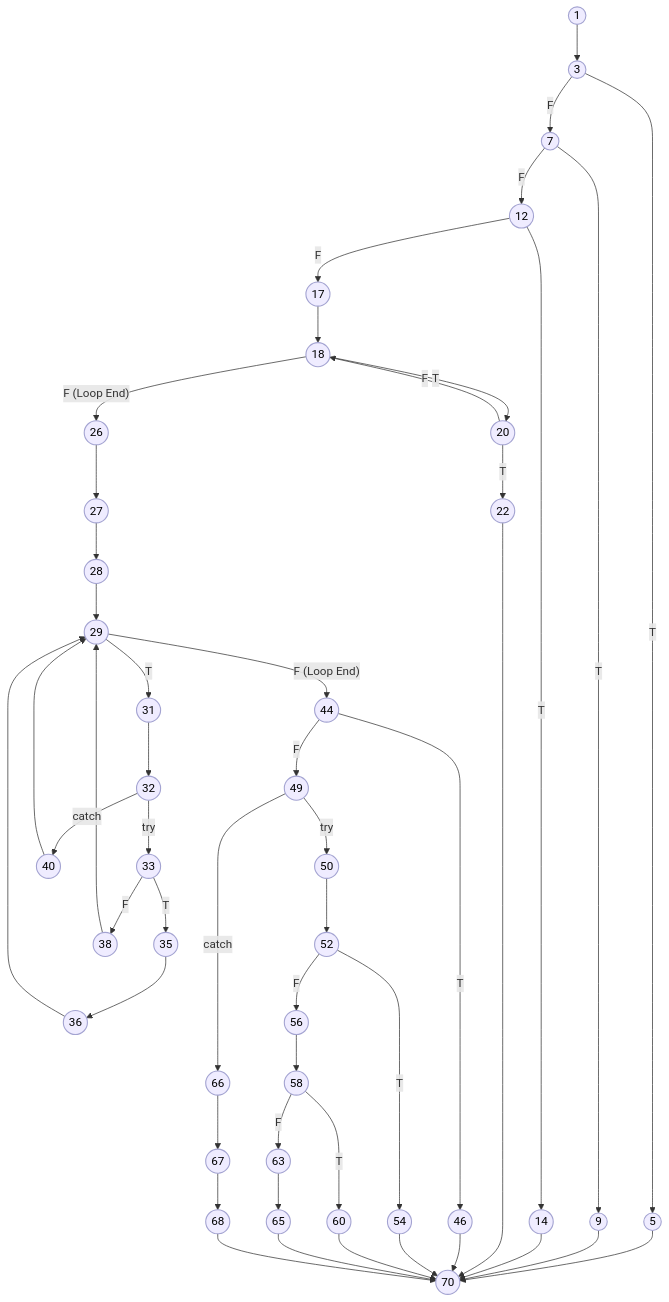
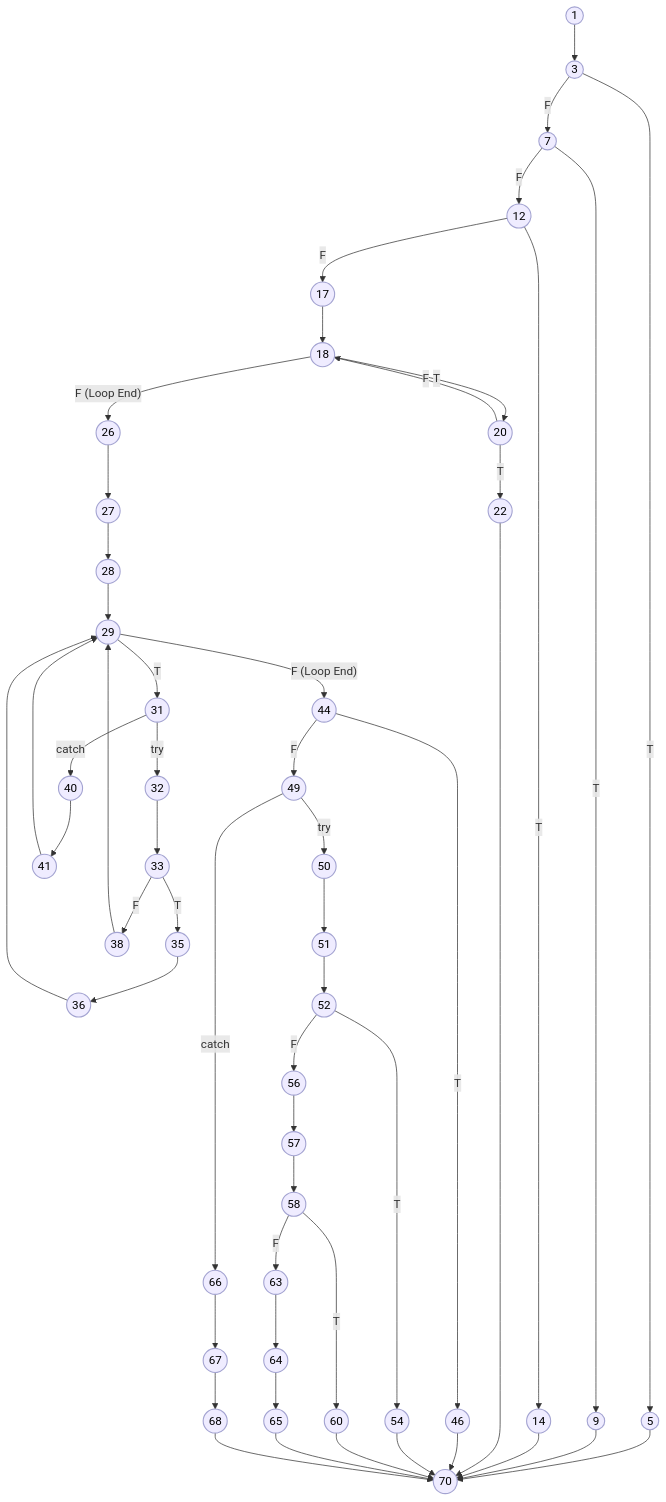
Before and after one commit to aryanhrc3428/Semester-5: the diagram in SE/ideathon/pseudocode/flowcharts/UC-01.mmd, drawn with Mermaid. The commit also changed 38 other files, not shown here.

Commit message:
psuedocode and flowgraphs

```diff
--- a/SE/ideathon/pseudocode/flowcharts/UC-01.mmd
+++ b/SE/ideathon/pseudocode/flowcharts/UC-01.mmd
@@ -1,72 +1,87 @@
 graph TD
     %% Base styling matching the reference CFG style
     classDef default fill:#efecff,stroke:#a3a3d1,stroke-width:1.5px,color:#000;
     
     1((1)) --> 3((3))
     
     3 -- T --> 5((5))
     3 -- F --> 7((7))
     
     7 -- T --> 9((9))
     7 -- F --> 12((12))
     
     12 -- T --> 14((14))
     12 -- F --> 17((17))
+    
     17 --> 18((18))
     
+    %% Character Sanitization Loop
     18 -- T --> 20((20))
     18 -- F (Loop End) --> 26((26))
+    
+    20 -- T --> 22((22))
+    20 -- F --> 18
+    
+    %% Setup for Resilient External Call
     26 --> 27((27))
     27 --> 28((28))
     28 --> 29((29))
     
-    20 -- T --> 22((22))
-    20 -- F --> 18
-    
+    %% Authentication While Loop
     29 -- T --> 31((31))
-    31 --> 32((32))
     29 -- F (Loop End) --> 44((44))
     
-    32 -- try --> 33((33))
-    32 -- catch --> 40((40))
+    31 -- try --> 32((32))
+    31 -- catch --> 40((40))
+    
+    32 --> 33((33))
     
     33 -- T --> 35((35))
     33 -- F --> 38((38))
     
     35 --> 36((36))
     36 --> 29
     
     38 --> 29
-    40 --> 29
     
+    40 --> 41((41))
+    41 --> 29
+    
+    %% Post-Loop Authentication Check
     44 -- T --> 46((46))
     44 -- F --> 49((49))
     
+    %% Secure Database Queries
     49 -- try --> 50((50))
     49 -- catch --> 66((66))
     
-    50 --> 52((52))
+    50 --> 51((51))
+    51 --> 52((52))
     
     52 -- T --> 54((54))
     52 -- F --> 56((56))
     
-    56 --> 58((58))
+    56 --> 57((57))
+    57 --> 58((58))
     
     58 -- T --> 60((60))
     58 -- F --> 63((63))
     
-    63 --> 65((65))
+    %% Token Generation and Success Return
+    63 --> 64((64))
+    64 --> 65((65))
     
+    %% Database Exception Catch Block
     66 --> 67((67))
     67 --> 68((68))
     
-    %% Terminal Sinks merging to Node 70
+    %% Terminal error returns and catches syncing to the final end node (70)
     5 --> 70((70))
     9 --> 70
     14 --> 70
     22 --> 70
     46 --> 70
     54 --> 70
     60 --> 70
     65 --> 70
     68 --> 70
```
